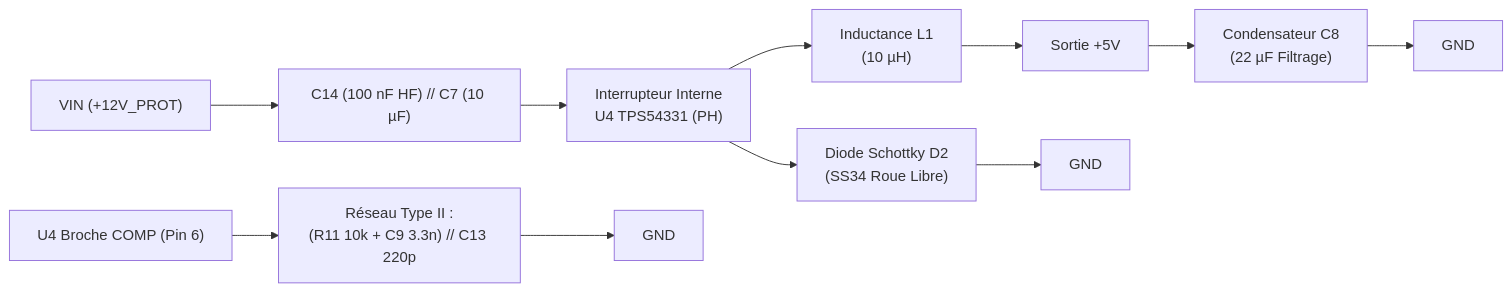
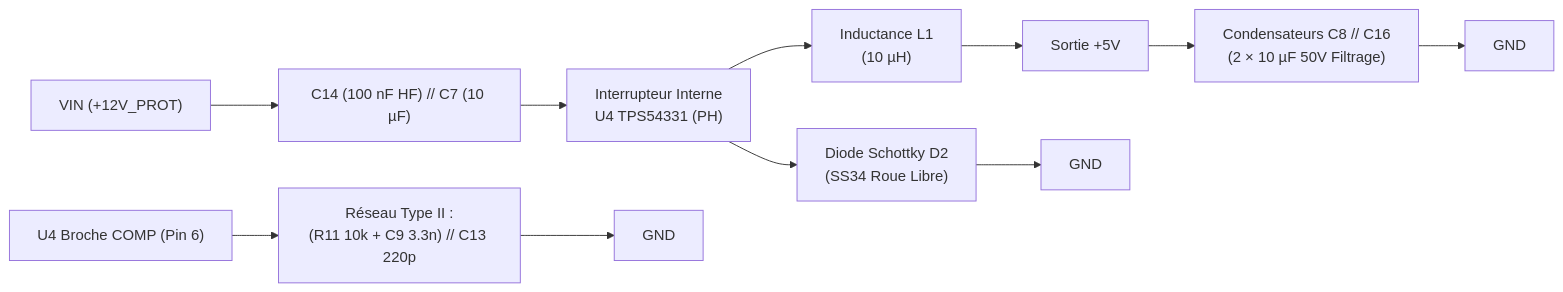
One commit to nitrogene/OBD2 changed the third of 9 diagrams in HARDWARE.md. Above: the diagram before and after it, drawn with Mermaid. The commit also changed other lines of this file and 6 other files, not shown here.

````diff
--- a/HARDWARE.md
+++ b/HARDWARE.md
@@ -135,20 +135,20 @@
 ```mermaid
 %%{init: {
   'themeVariables': {
     'fontFamily': 'Consolas, "Courier New", monospace',
     'fontSize': '12px'
   },
   'flowchart': {
     'curve': 'stepBefore',
     'nodeSpacing': 20,
     'rankSpacing': 30
   }
 }}%%
 flowchart LR
     VIN["VIN (+12V_PROT)"] --> C14["C14 (100 nF HF) // C7 (10 µF)"]
     C14 --> U4_SW["Interrupteur Interne\nU4 TPS54331 (PH)"]
     U4_SW --> L1["Inductance L1\n(10 µH)"] --> VOUT["Sortie +5V"]
     U4_SW --> D2["Diode Schottky D2\n(SS34 Roue Libre)"] --> GND1["GND"]
-    VOUT --> C8["Condensateur C8\n(22 µF Filtrage)"] --> GND2["GND"]
+    VOUT --> C8_C16["Condensateurs C8 // C16\n(2 × 10 µF 50V Filtrage)"] --> GND2["GND"]
     U4_COMP["U4 Broche COMP (Pin 6)"] --> COMP_NET["Réseau Type II :\n(R11 10k + C9 3.3n) // C13 220p"] --> GND3["GND"]
 ```
````
